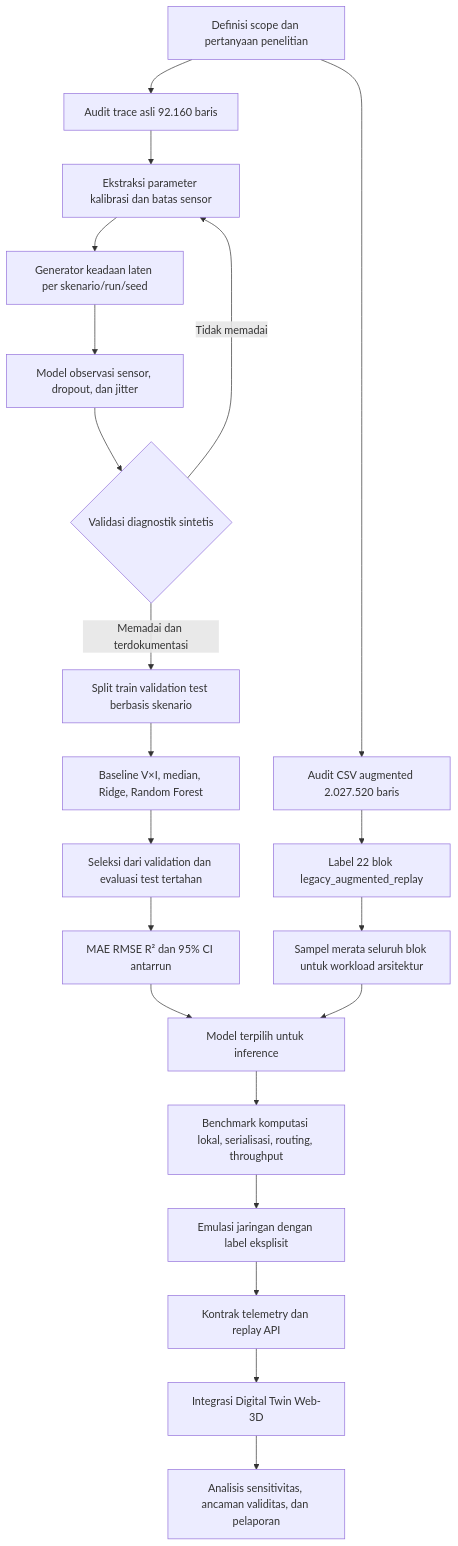
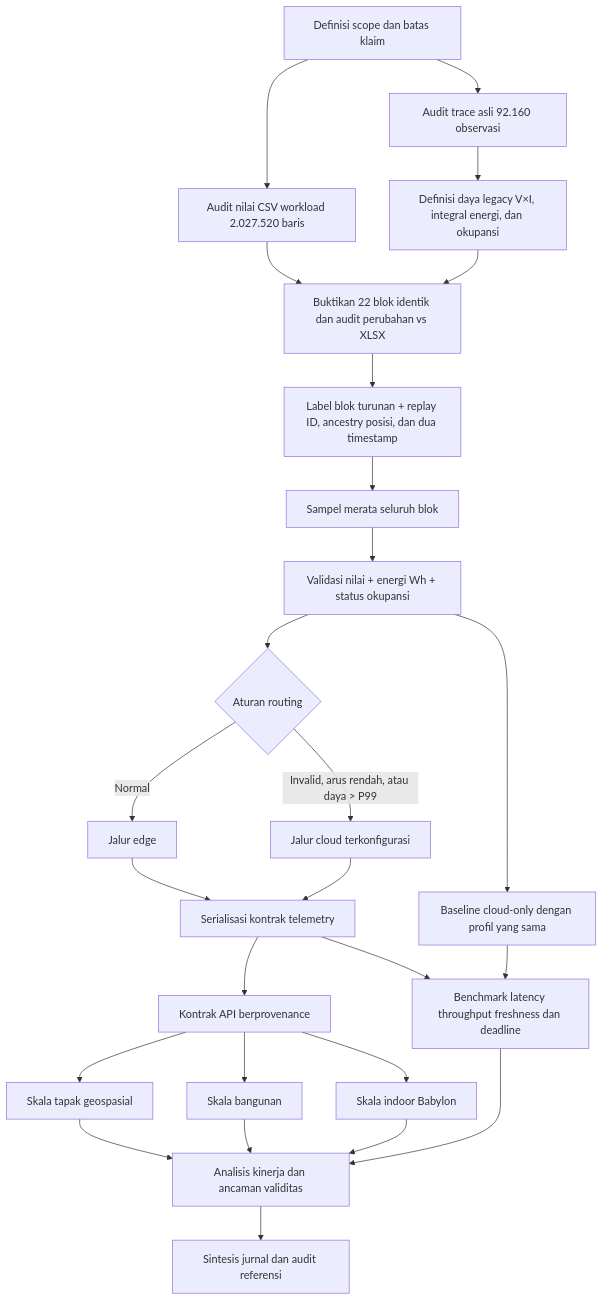
One commit to rehanalfarizu/jurnal_penelitian changed the diagram in docs/RESEARCH_FLOW.md. Above: the diagram before and after it, drawn with Mermaid. The commit also changed other lines of this file and 104 other files, not shown here.

Commit message:
finalize edge-cloud digital twin evaluation package

````diff
--- a/docs/RESEARCH_FLOW.md
+++ b/docs/RESEARCH_FLOW.md
@@ -3,23 +3,28 @@
 ```mermaid
 flowchart TD
-    A[Definisi scope dan pertanyaan penelitian] --> B[Audit trace asli 92.160 baris]
-    A --> P[Audit CSV augmented 2.027.520 baris]
-    P --> Q[Label 22 blok legacy_augmented_replay]
-    B --> C[Ekstraksi parameter kalibrasi dan batas sensor]
-    C --> D[Generator keadaan laten per skenario/run/seed]
-    D --> E[Model observasi sensor, dropout, dan jitter]
-    E --> F{Validasi diagnostik sintetis}
-    F -->|Tidak memadai| C
-    F -->|Memadai dan terdokumentasi| G[Split train validation test berbasis skenario]
-    G --> H[Baseline V×I, median, Ridge, Random Forest]
-    H --> I[Seleksi dari validation dan evaluasi test tertahan]
-    I --> O[MAE RMSE R² dan 95% CI antarrun]
-    O --> J[Model terpilih untuk inference]
-    Q --> R[Sampel merata seluruh blok untuk workload arsitektur]
-    R --> J
-    J --> S[Benchmark komputasi lokal, serialisasi, routing, throughput]
-    S --> K[Emulasi jaringan dengan label eksplisit]
-    K --> L[Kontrak telemetry dan replay API]
-    L --> M[Integrasi Digital Twin Web-3D]
-    M --> N[Analisis sensitivitas, ancaman validitas, dan pelaporan]
+    A[Definisi scope dan batas klaim] --> B[Audit trace asli 92.160 observasi]
+    A --> C[Audit nilai CSV workload 2.027.520 baris]
+    B --> D[Definisi daya legacy V×I, integral energi, dan okupansi]
+    C --> E[Buktikan 22 blok identik dan audit perubahan vs XLSX]
+    D --> E
+    E --> F[Label blok turunan + replay ID, ancestry posisi, dan dua timestamp]
+    F --> G[Sampel merata seluruh blok]
+    G --> H[Validasi nilai + energi Wh + status okupansi]
+    H --> I{Aturan routing}
+    I -->|Normal| J[Jalur edge]
+    I -->|Invalid, arus rendah, atau daya > P99| K[Jalur cloud terkonfigurasi]
+    J --> L[Serialisasi kontrak telemetry]
+    K --> L
+    H --> K2[Baseline cloud-only dengan profil yang sama]
+    L --> M[Kontrak API berprovenance]
+    M --> N1[Skala tapak geospasial]
+    M --> N2[Skala bangunan]
+    M --> N3[Skala indoor Babylon]
+    L --> O[Benchmark latency throughput freshness dan deadline]
+    K2 --> O
+    N1 --> P[Analisis kinerja dan ancaman validitas]
+    N2 --> P
+    N3 --> P
+    O --> P
+    P --> Q[Sintesis jurnal dan audit referensi]
 ```
````
